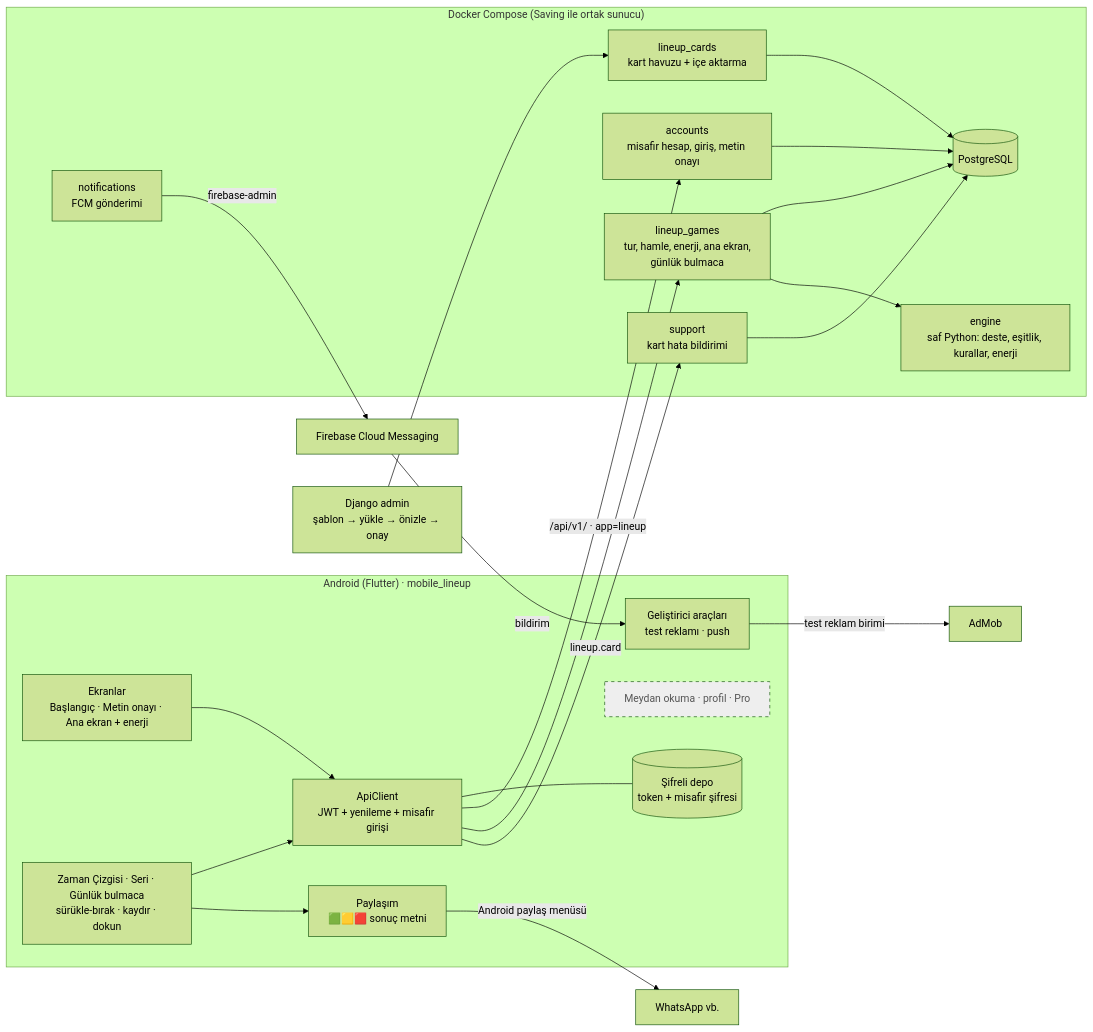
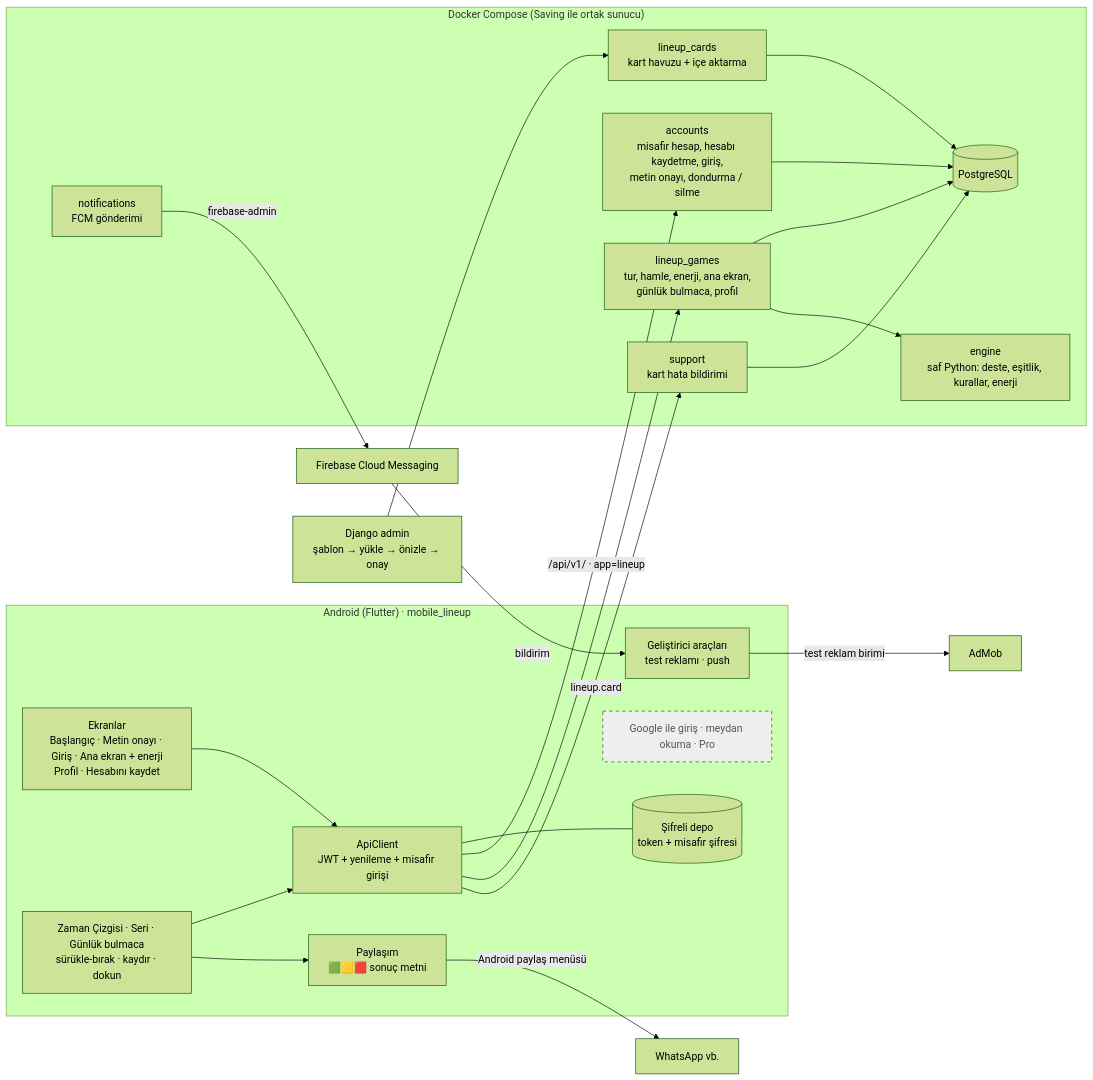
The first of 7 diagrams in docs/FLOW_lineup.md (anilcelik0/saving), drawn with Mermaid (forest theme) before and after one commit. The commit also changed other lines of this file and 17 other files, not shown here.

````diff
--- a/docs/FLOW_lineup.md
+++ b/docs/FLOW_lineup.md
@@ -12,43 +12,43 @@
 ```mermaid
 flowchart LR
     subgraph Mobil["Android (Flutter) · mobile_lineup"]
-        UI[Ekranlar<br/>Başlangıç · Metin onayı · Ana ekran + enerji]
+        UI[Ekranlar<br/>Başlangıç · Metin onayı · Giriş · Ana ekran + enerji<br/>Profil · Hesabını kaydet]
         DEV[Geliştirici araçları<br/>test reklamı · push]
         MODES[Zaman Çizgisi · Seri · Günlük bulmaca<br/>sürükle-bırak · kaydır · dokun]
         SHARE[Paylaşım<br/>🟩🟨🟥 sonuç metni]
-        LATER[Meydan okuma · profil · Pro]
+        LATER[Google ile giriş · meydan okuma · Pro]
         API[ApiClient<br/>JWT + yenileme + misafir girişi]
         STORE[(Şifreli depo<br/>token + misafir şifresi)]
         UI --> API
         MODES --> API
         MODES --> SHARE
         API --- STORE
     end
 
     subgraph Sunucu["Docker Compose (Saving ile ortak sunucu)"]
-        ACC[accounts<br/>misafir hesap, giriş, metin onayı]
+        ACC[accounts<br/>misafir hesap, hesabı kaydetme, giriş,<br/>metin onayı, dondurma / silme]
         NOTIF[notifications<br/>FCM gönderimi]
         CARDS[lineup_cards<br/>kart havuzu + içe aktarma]
-        GAMES[lineup_games<br/>tur, hamle, enerji, ana ekran,<br/>günlük bulmaca]
+        GAMES[lineup_games<br/>tur, hamle, enerji, ana ekran,<br/>günlük bulmaca, profil]
         ENGINE[engine<br/>saf Python: deste, eşitlik, kurallar, enerji]
         SUP[support<br/>kart hata bildirimi]
         DB[(PostgreSQL)]
         ACC --> DB
         CARDS --> DB
         GAMES --> DB
         GAMES --> ENGINE
         SUP --> DB
     end
 
     API -->|/api/v1/ · app=lineup| ACC
     API --> GAMES
     API -->|lineup.card| SUP
     NOTIF -->|firebase-admin| FCM[Firebase Cloud Messaging]
     FCM -->|bildirim| DEV
     SHARE -->|Android paylaş menüsü| WA[WhatsApp vb.]
     DEV -->|test reklam birimi| ADMOB[AdMob]
     ADM[Django admin<br/>şablon → yükle → önizle → onay] --> CARDS
 
     classDef planned stroke-dasharray: 5 5,fill:#eee,color:#555
     class LATER planned
 ```
````
